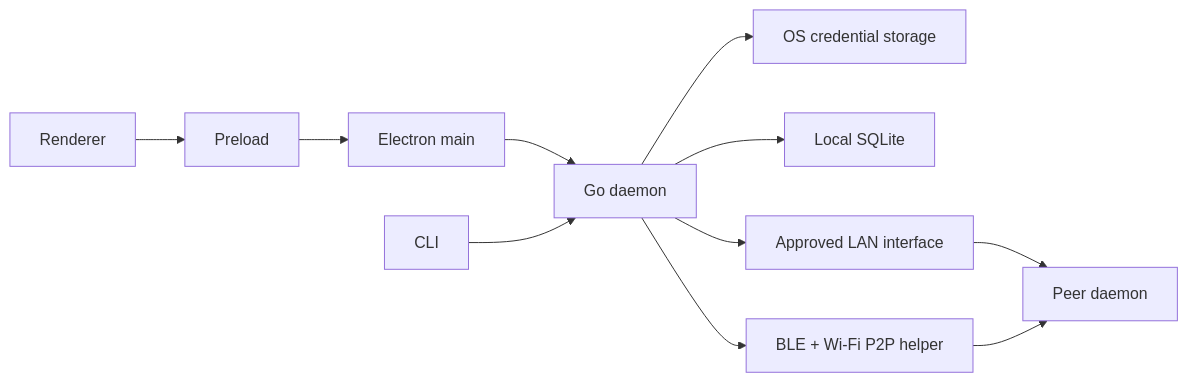
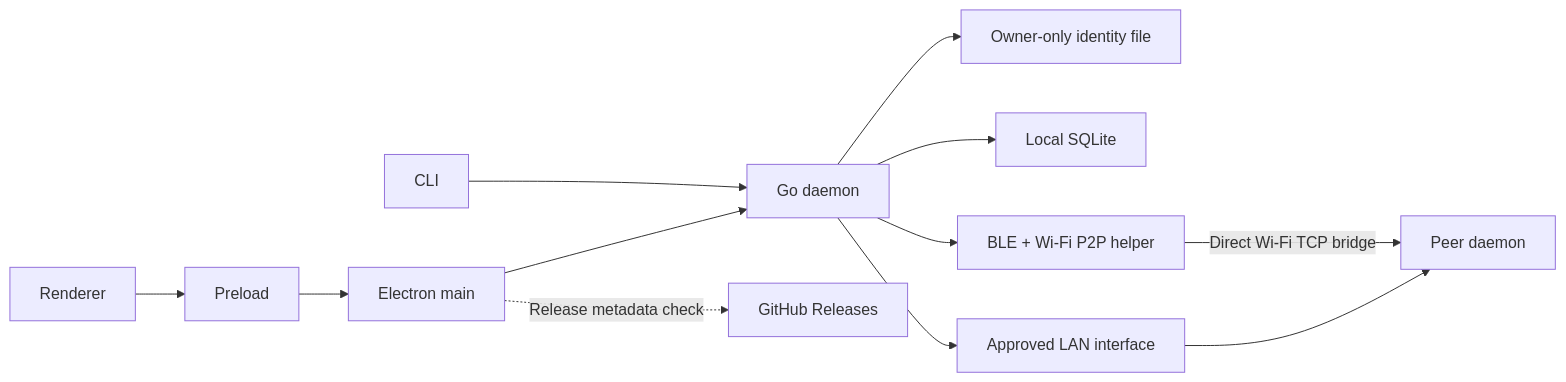
The diagram in docs/architecture/overview.md (haitran-mindset/lanvory), drawn with Mermaid before and after one commit. The commit also changed other lines of this file and 17 other files, not shown here.

Commit message:
feat(web): update roadmap, navigation, and docs

````diff
--- a/docs/architecture/overview.md
+++ b/docs/architecture/overview.md
@@ -5,13 +5,14 @@
 ```mermaid
 flowchart LR
     R[Renderer] --> P[Preload]
     P --> M[Electron main]
     M --> D[Go daemon]
     C[CLI] --> D
-    D --> K[OS credential storage]
+    D --> K[Owner-only identity file]
     D --> S[Local SQLite]
     D --> L[Approved LAN interface]
     D --> N[BLE + Wi-Fi P2P helper]
     L --> B[Peer daemon]
-    N --> B
+    N -->|Direct Wi-Fi TCP bridge| B
+    M -. Release metadata check .-> G[GitHub Releases]
 ```
````
